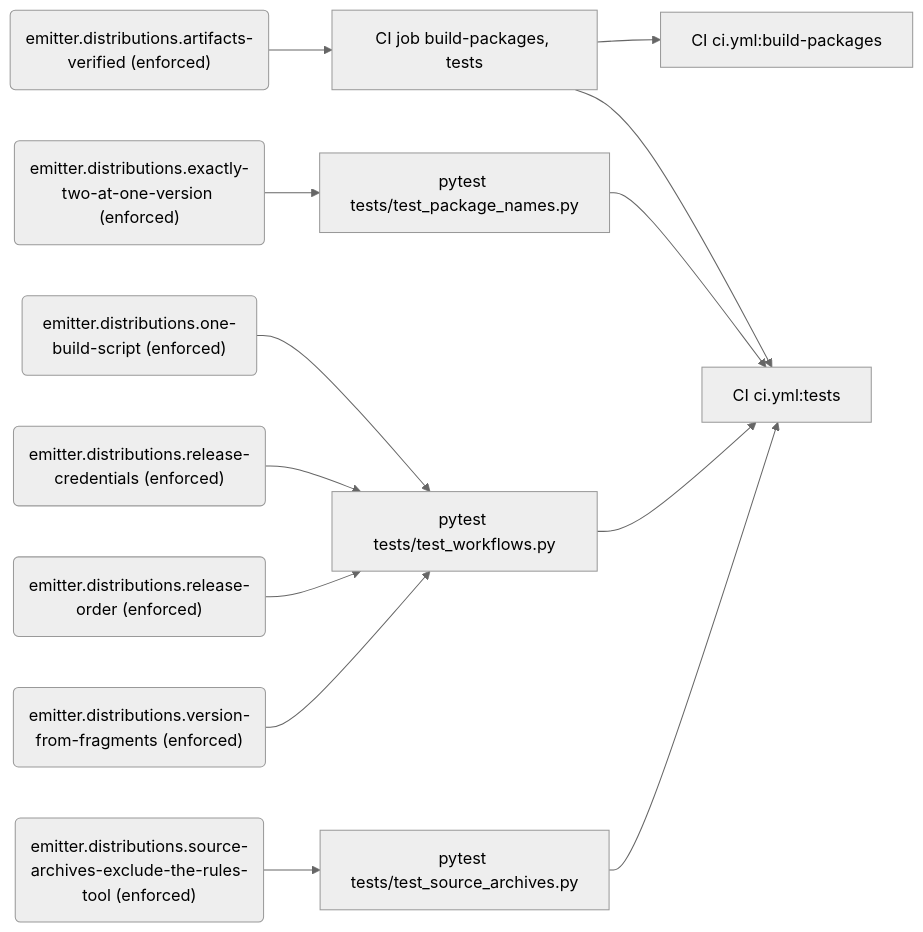
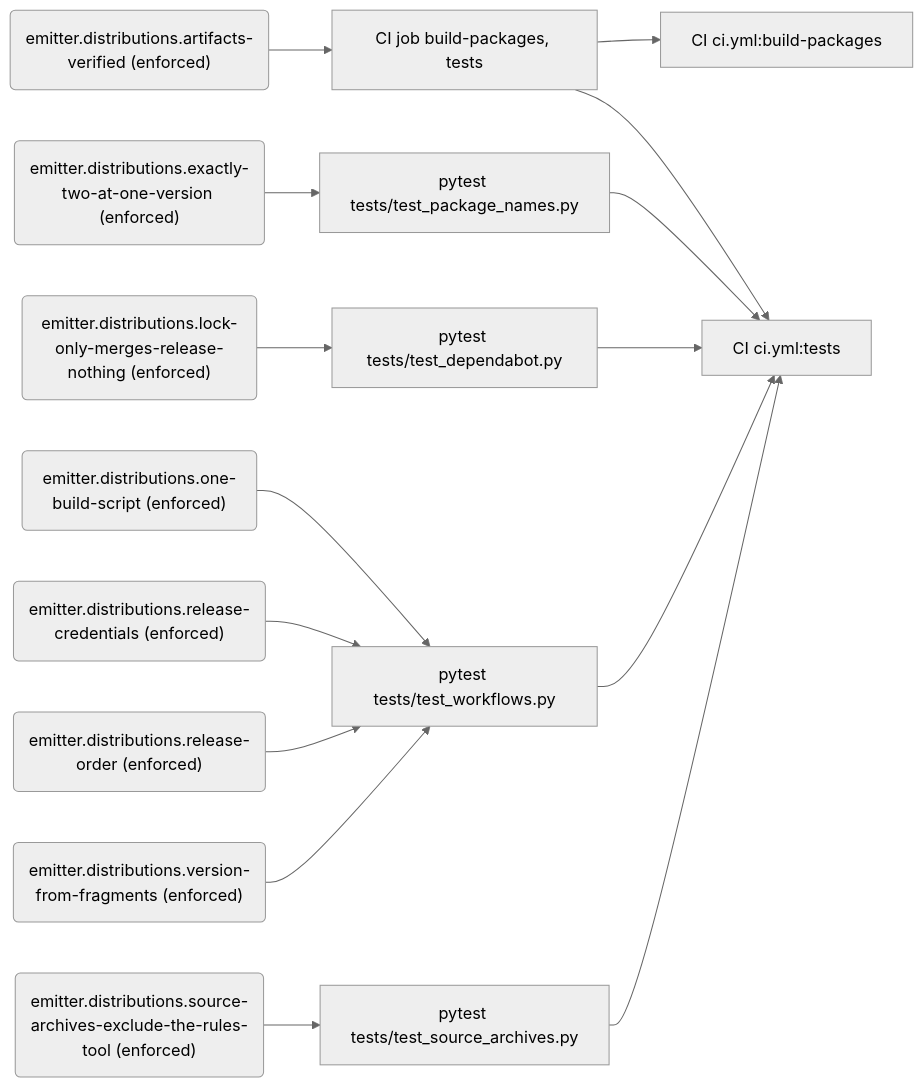
One commit to PolicyEngine/local-services changed the third of 9 diagrams in docs/generated/rules.md. Above: the diagram before and after it, drawn with Mermaid (neutral theme). The commit also changed other lines of this file and 17 other files, not shown here.

````diff
--- a/docs/generated/rules.md
+++ b/docs/generated/rules.md
@@ -143,28 +146,32 @@
 ```mermaid
 flowchart LR
   r_emitter_distributions_artifacts_verified("emitter.distributions.artifacts-verified (enforced)")
   e_CI_job_build_packages__tests["CI job build-packages, tests"]
   j_CI_ci_yml_build_packages["CI ci.yml:build-packages"]
   j_CI_ci_yml_tests["CI ci.yml:tests"]
   r_emitter_distributions_exactly_two_at_one_version("emitter.distributions.exactly-two-at-one-version (enforced)")
   e_pytest_tests_test_package_names_py["pytest tests/test_package_names.py"]
+  r_emitter_distributions_lock_only_merges_release_nothing("emitter.distributions.lock-only-merges-release-nothing (enforced)")
+  e_pytest_tests_test_dependabot_py["pytest tests/test_dependabot.py"]
   r_emitter_distributions_one_build_script("emitter.distributions.one-build-script (enforced)")
   e_pytest_tests_test_workflows_py["pytest tests/test_workflows.py"]
   r_emitter_distributions_release_credentials("emitter.distributions.release-credentials (enforced)")
   r_emitter_distributions_release_order("emitter.distributions.release-order (enforced)")
   r_emitter_distributions_source_archives_exclude_the_rules_tool("emitter.distributions.source-archives-exclude-the-rules-tool (enforced)")
   e_pytest_tests_test_source_archives_py["pytest tests/test_source_archives.py"]
   r_emitter_distributions_version_from_fragments("emitter.distributions.version-from-fragments (enforced)")
   r_emitter_distributions_artifacts_verified --> e_CI_job_build_packages__tests
   e_CI_job_build_packages__tests --> j_CI_ci_yml_build_packages
   e_CI_job_build_packages__tests --> j_CI_ci_yml_tests
   r_emitter_distributions_exactly_two_at_one_version --> e_pytest_tests_test_package_names_py
   e_pytest_tests_test_package_names_py --> j_CI_ci_yml_tests
+  r_emitter_distributions_lock_only_merges_release_nothing --> e_pytest_tests_test_dependabot_py
+  e_pytest_tests_test_dependabot_py --> j_CI_ci_yml_tests
   r_emitter_distributions_one_build_script --> e_pytest_tests_test_workflows_py
   e_pytest_tests_test_workflows_py --> j_CI_ci_yml_tests
   r_emitter_distributions_release_credentials --> e_pytest_tests_test_workflows_py
   r_emitter_distributions_release_order --> e_pytest_tests_test_workflows_py
   r_emitter_distributions_source_archives_exclude_the_rules_tool --> e_pytest_tests_test_source_archives_py
   e_pytest_tests_test_source_archives_py --> j_CI_ci_yml_tests
   r_emitter_distributions_version_from_fragments --> e_pytest_tests_test_workflows_py
 ```
````
